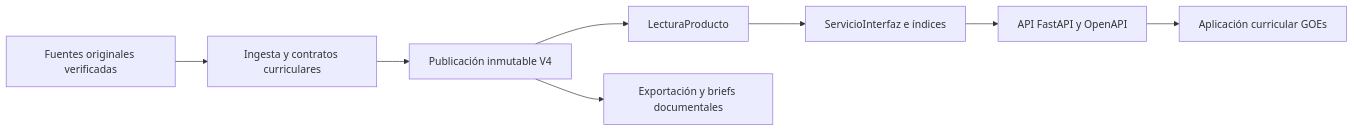
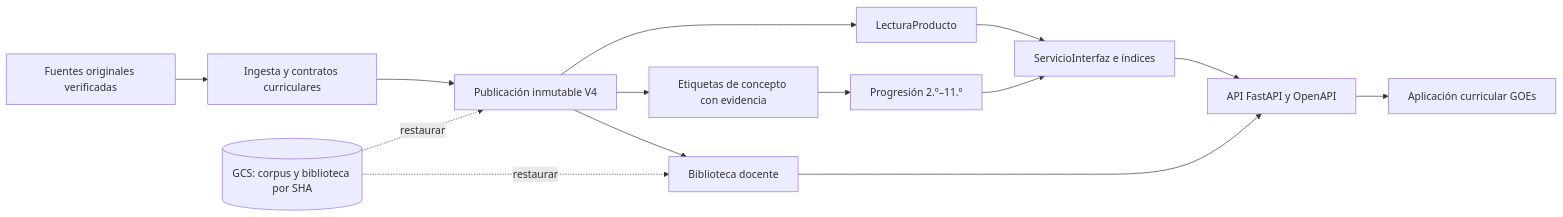
Before and after one commit to carlosjimenez-arch/goes-science-kg: the diagram in README.md, drawn with Mermaid. The commit also changed other lines of this file and 12 other files, not shown here.

````diff
--- a/README.md
+++ b/README.md
@@ -147,10 +116,16 @@
 ```mermaid
 flowchart LR
   F[Fuentes originales verificadas] --> I[Ingesta y contratos curriculares]
   I --> P[Publicación inmutable V4]
   P --> L[LecturaProducto]
   L --> S[ServicioInterfaz e índices]
+  P --> C[Etiquetas de concepto con evidencia]
+  C --> G[Progresión 2.º–11.º]
+  G --> S
+  P --> M[Biblioteca docente]
+  M --> A
   S --> A[API FastAPI y OpenAPI]
   A --> W[Aplicación curricular GOEs]
-  P --> E[Exportación y briefs documentales]
+  B[(GCS: corpus y biblioteca por SHA)] -.restaurar.-> P
+  B -.restaurar.-> M
 ```
````
